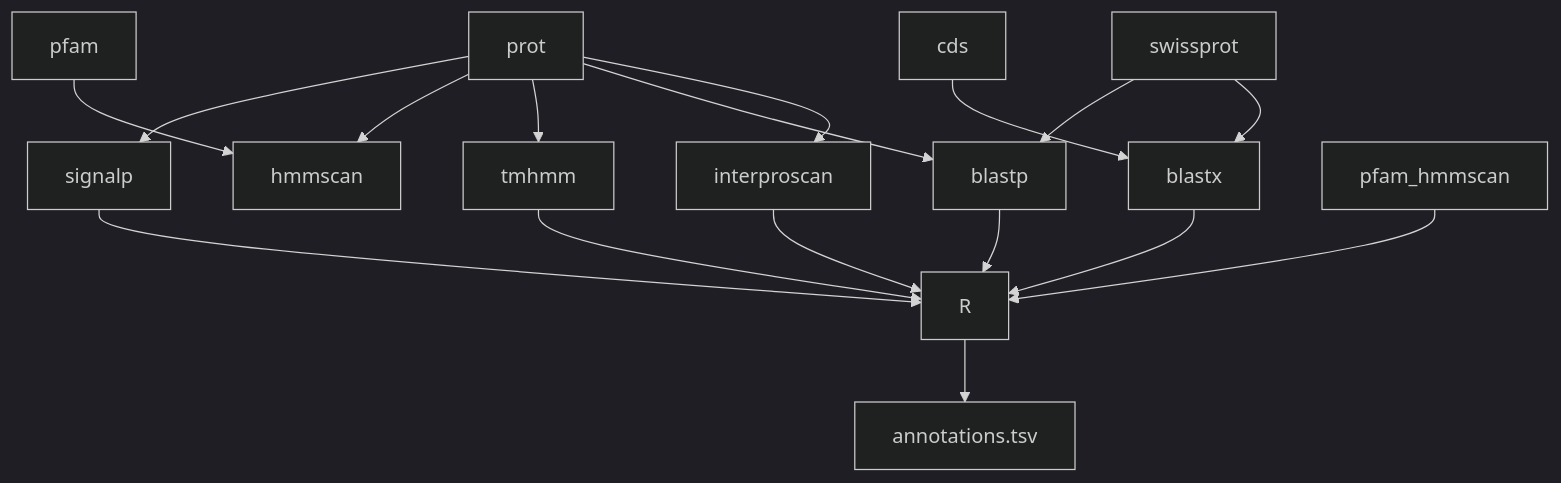
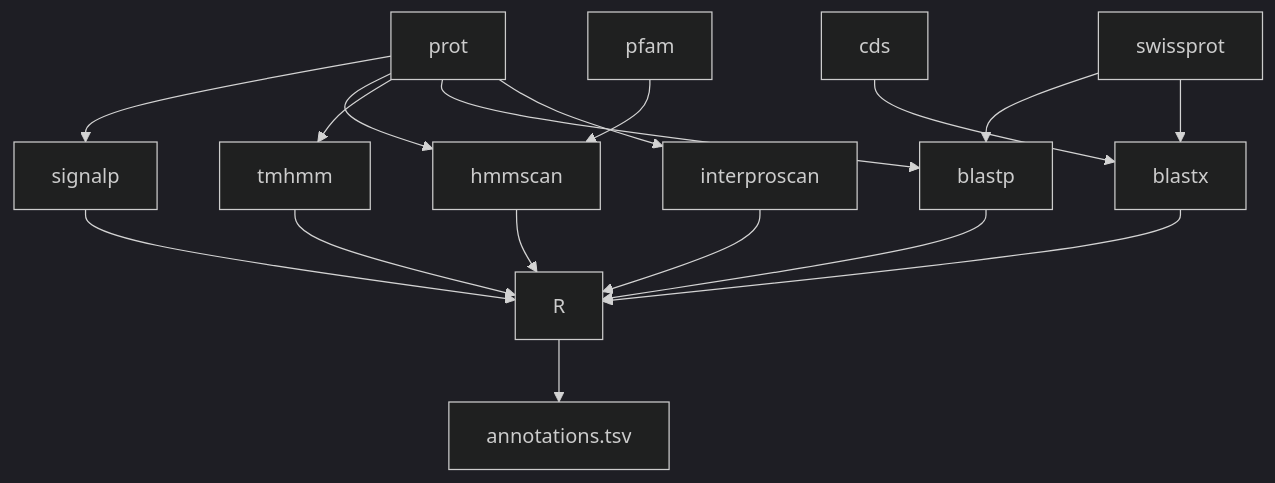
The diagram in README.md (marine-omics/moat), drawn with Mermaid (dark theme) before and after one commit.

````diff
--- a/README.md
+++ b/README.md
@@ -5,19 +5,19 @@
 ```mermaid
 graph TD;
 	prot-->signalp;
 	prot-->hmmscan;
 	prot-->tmhmm;
 	prot-->blastp;
 	cds-->blastx;
 	swissprot-->blastp;
 	swissprot-->blastx;
 	pfam-->hmmscan;
 	prot-->interproscan;
 	signalp-->R;
 	tmhmm-->R;
-	pfam_hmmscan-->R;
+	hmmscan-->R;
 	blastp-->R;
 	blastx-->R;
 	interproscan-->R;
 	R-->annotations.tsv
 ```
````
